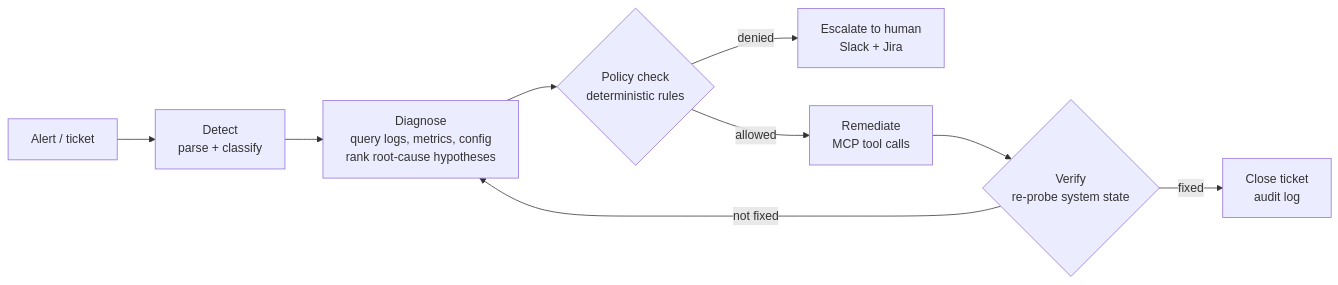
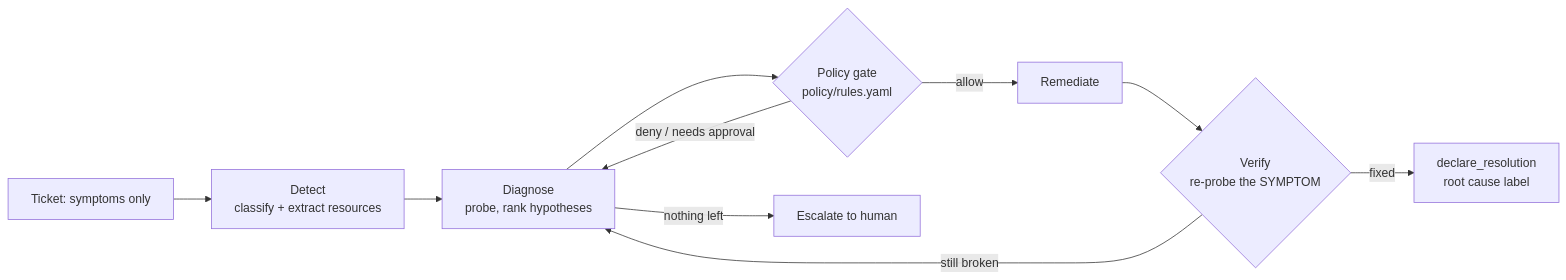
The diagram in README.md (RoopanshuSD/cloud-remediation-agent), drawn with Mermaid before and after one commit. The commit also changed other lines of this file and 5 other files, not shown here.

Commit message:
Add tests: policy rules, bench admission, red herrings, Claude loop plumbing, MCP server

````diff
--- a/README.md
+++ b/README.md
@@ -32,11 +47,12 @@
 ```mermaid
 flowchart LR
-    A[Alert / ticket] --> D[Detect<br/>parse + classify]
-    D --> G[Diagnose<br/>query logs, metrics, config<br/>rank root-cause hypotheses]
-    G --> P{Policy check<br/>deterministic rules}
-    P -- denied --> H[Escalate to human<br/>Slack + Jira]
-    P -- allowed --> R[Remediate<br/>MCP tool calls]
-    R --> V{Verify<br/>re-probe system state}
-    V -- not fixed --> G
-    V -- fixed --> C[Close ticket<br/>audit log]
+    T[Ticket: symptoms only] --> D[Detect<br/>classify + extract resources]
+    D --> G[Diagnose<br/>probe, rank hypotheses]
+    G --> P{Policy gate<br/>policy/rules.yaml}
+    P -- deny / needs approval --> G
+    P -- allow --> R[Remediate]
+    R --> V{Verify<br/>re-probe the SYMPTOM}
+    V -- still broken --> G
+    V -- fixed --> C[declare_resolution<br/>root cause label]
+    G -- nothing left --> E[Escalate to human]
 ```
````
